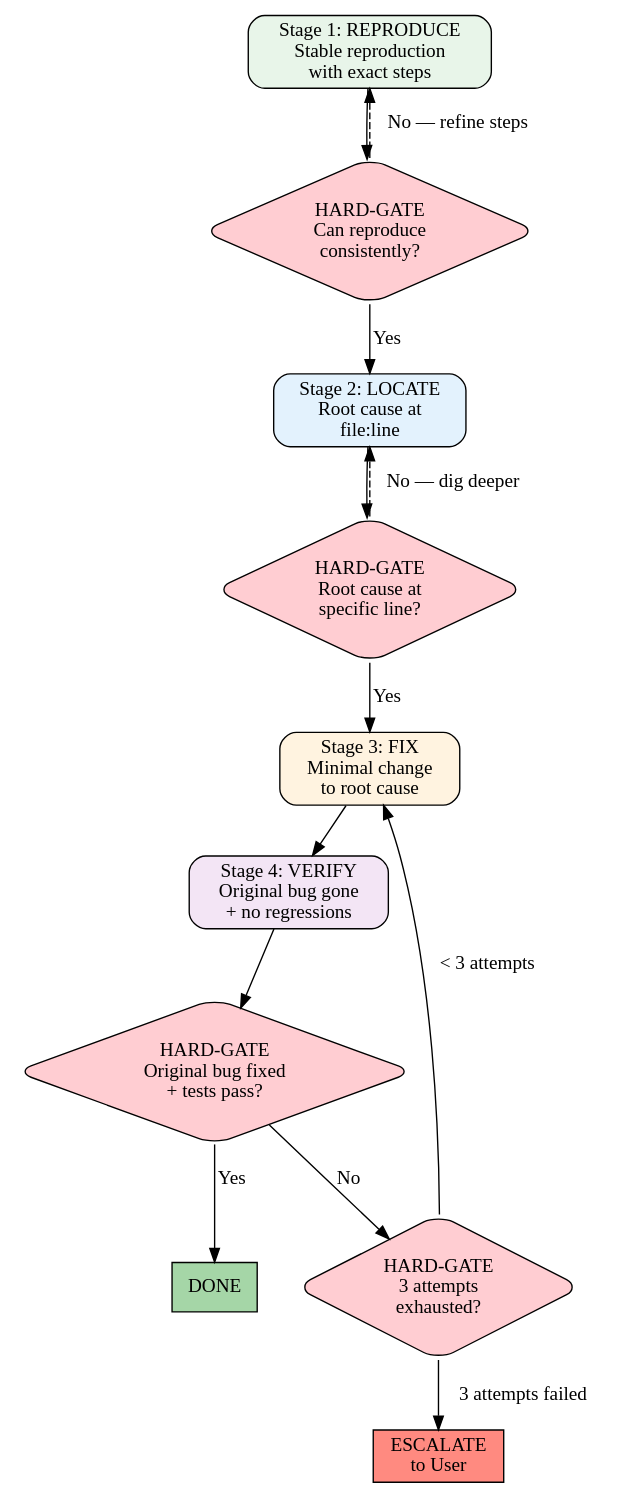
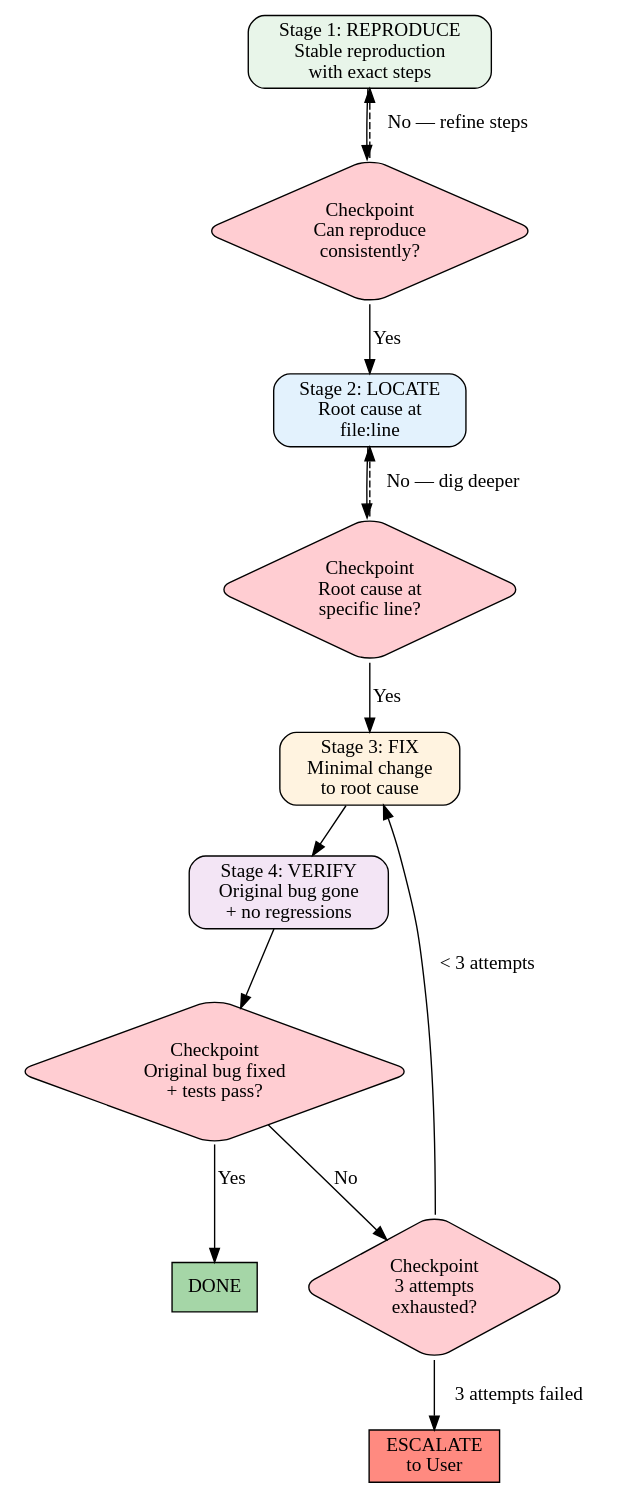
The first of 2 diagrams in skills/systematic-debugging.md (yufakang0826-hue/erpforge), drawn with Graphviz before and after one commit. The commit also changed other lines of this file and 20 other files, not shown here.

````diff
--- a/skills/systematic-debugging.md
+++ b/skills/systematic-debugging.md
@@ -18,31 +22,31 @@
 ```dot
 digraph debugging {
     rankdir=TB
     node [shape=box, style="rounded,filled", fillcolor="#f0f0f0"]
 
     stage1 [label="Stage 1: REPRODUCE\nStable reproduction\nwith exact steps" fillcolor="#e8f5e9"]
     stage2 [label="Stage 2: LOCATE\nRoot cause at\nfile:line" fillcolor="#e3f2fd"]
     stage3 [label="Stage 3: FIX\nMinimal change\nto root cause" fillcolor="#fff3e0"]
     stage4 [label="Stage 4: VERIFY\nOriginal bug gone\n+ no regressions" fillcolor="#f3e5f5"]
 
-    gate1 [label="HARD-GATE\nCan reproduce\nconsistently?" shape=diamond fillcolor="#ffcdd2"]
-    gate2 [label="HARD-GATE\nRoot cause at\nspecific line?" shape=diamond fillcolor="#ffcdd2"]
-    gate3 [label="HARD-GATE\n3 attempts\nexhausted?" shape=diamond fillcolor="#ffcdd2"]
-    gate4 [label="HARD-GATE\nOriginal bug fixed\n+ tests pass?" shape=diamond fillcolor="#ffcdd2"]
+    gate1 [label="Checkpoint\nCan reproduce\nconsistently?" shape=diamond fillcolor="#ffcdd2"]
+    gate2 [label="Checkpoint\nRoot cause at\nspecific line?" shape=diamond fillcolor="#ffcdd2"]
+    gate3 [label="Checkpoint\n3 attempts\nexhausted?" shape=diamond fillcolor="#ffcdd2"]
+    gate4 [label="Checkpoint\nOriginal bug fixed\n+ tests pass?" shape=diamond fillcolor="#ffcdd2"]
     escalate [label="ESCALATE\nto User" fillcolor="#ff8a80" style=filled]
     done [label="DONE" fillcolor="#a5d6a7" style=filled]
 
     stage1 -> gate1
     gate1 -> stage2 [label="Yes"]
     gate1 -> stage1 [label="No — refine steps" style=dashed]
     stage2 -> gate2
     gate2 -> stage3 [label="Yes"]
     gate2 -> stage2 [label="No — dig deeper" style=dashed]
     stage3 -> stage4
     stage4 -> gate4
     gate4 -> done [label="Yes"]
     gate4 -> gate3 [label="No"]
     gate3 -> stage3 [label="< 3 attempts"]
     gate3 -> escalate [label="3 attempts failed"]
 }
 ```
````
